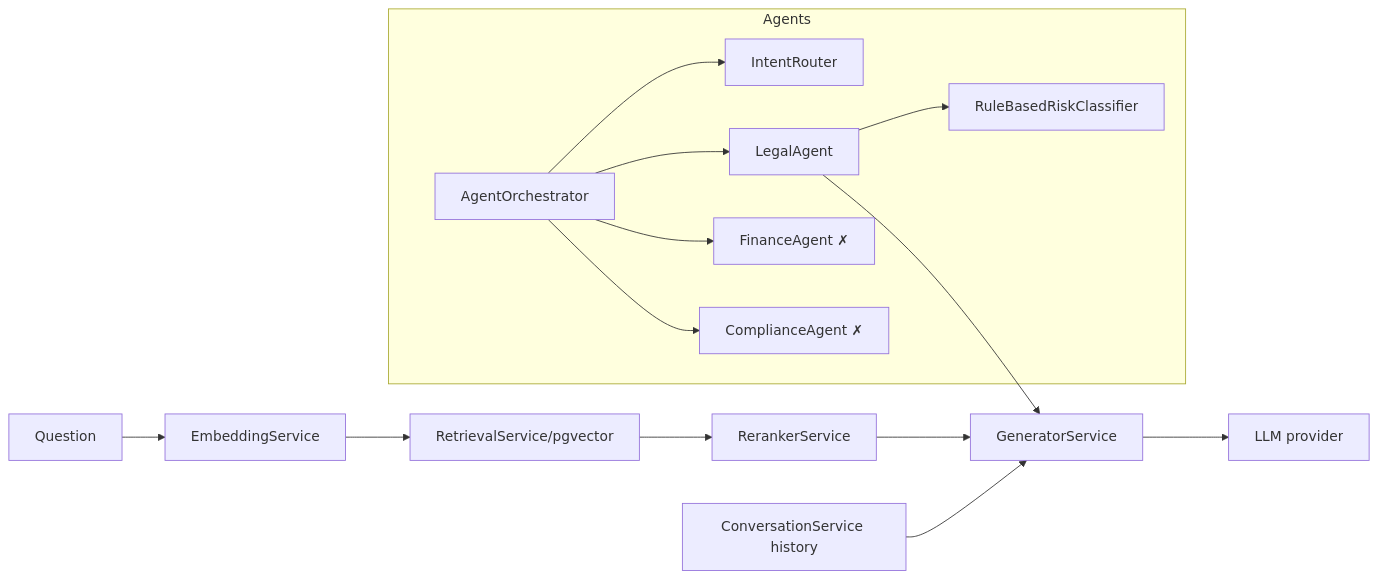
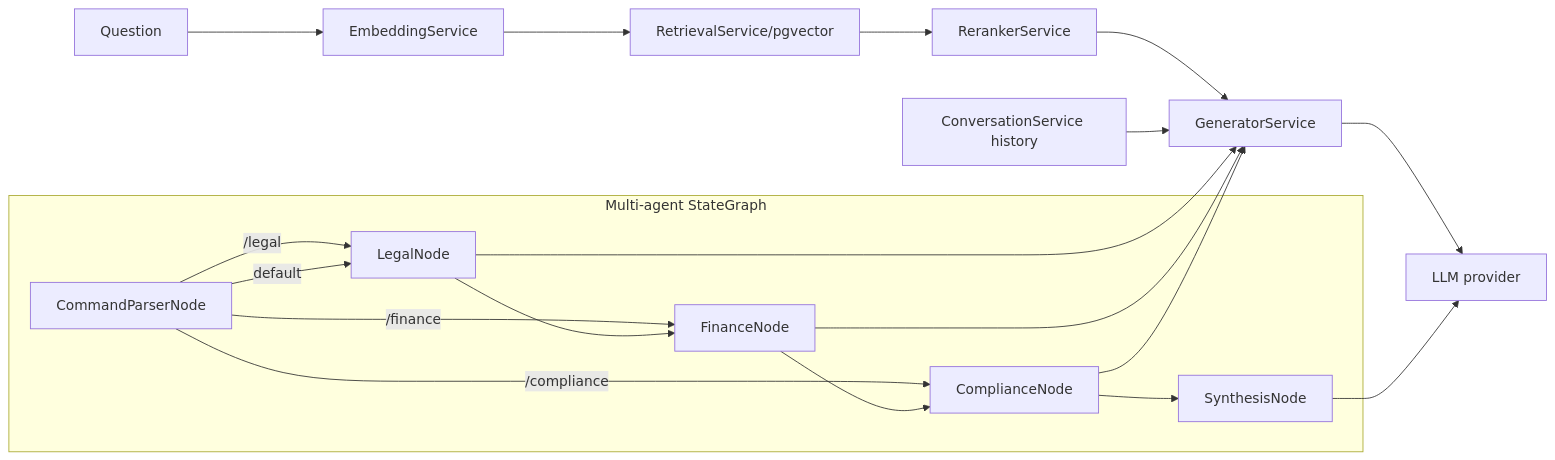
One commit to maha-mrrk/LegaLinkk changed the fifth of 12 diagrams in docs/ARCHITECTURE.md. Above: the diagram before and after it, drawn with Mermaid. The commit also changed other lines of this file and 22 other files, not shown here.

````diff
--- a/docs/ARCHITECTURE.md
+++ b/docs/ARCHITECTURE.md
@@ -504,16 +527,19 @@
 ```mermaid
 flowchart LR
   Q[Question] --> EMB[EmbeddingService]
   EMB --> RET[RetrievalService/pgvector]
   RET --> RRK[RerankerService]
   RRK --> GEN[GeneratorService]
   GEN --> LLMP[LLM provider]
   CONV[ConversationService history] --> GEN
-  subgraph Agents
-    ORCH[AgentOrchestrator] --> IR[IntentRouter]
-    ORCH --> LEG[LegalAgent] --> RISK[RuleBasedRiskClassifier]
-    ORCH --> FIN[FinanceAgent ✗]
-    ORCH --> COM[ComplianceAgent ✗]
+  subgraph MA[Multi-agent StateGraph]
+    CP[CommandParserNode] -->|/legal| LEG[LegalNode]
+    CP -->|/finance| FIN[FinanceNode]
+    CP -->|/compliance| COM[ComplianceNode]
+    CP -->|default| LEG --> FIN --> COM --> SYN[SynthesisNode]
   end
   LEG --> GEN
+  FIN --> GEN
+  COM --> GEN
+  SYN --> LLMP
 ```
````
